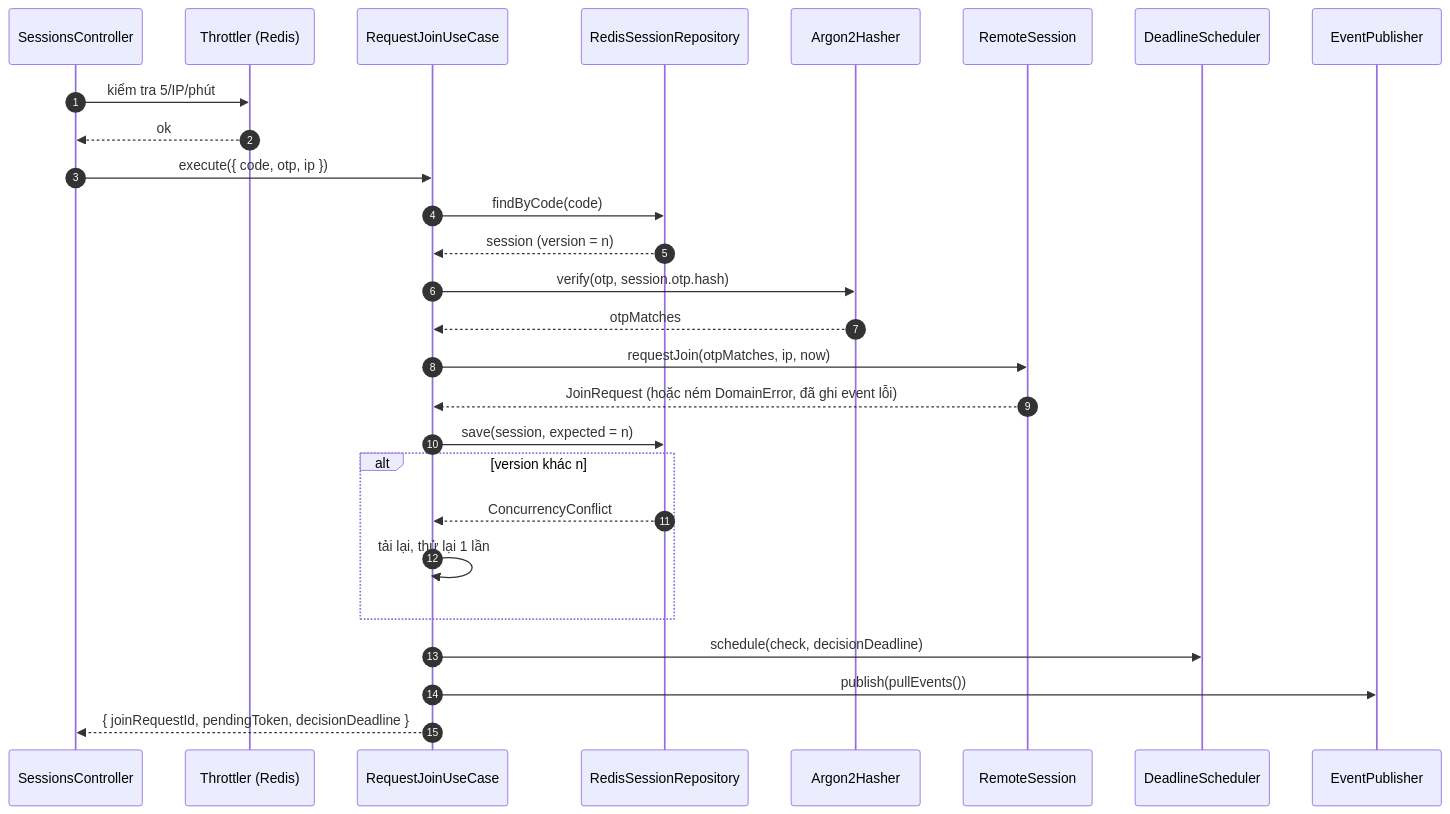
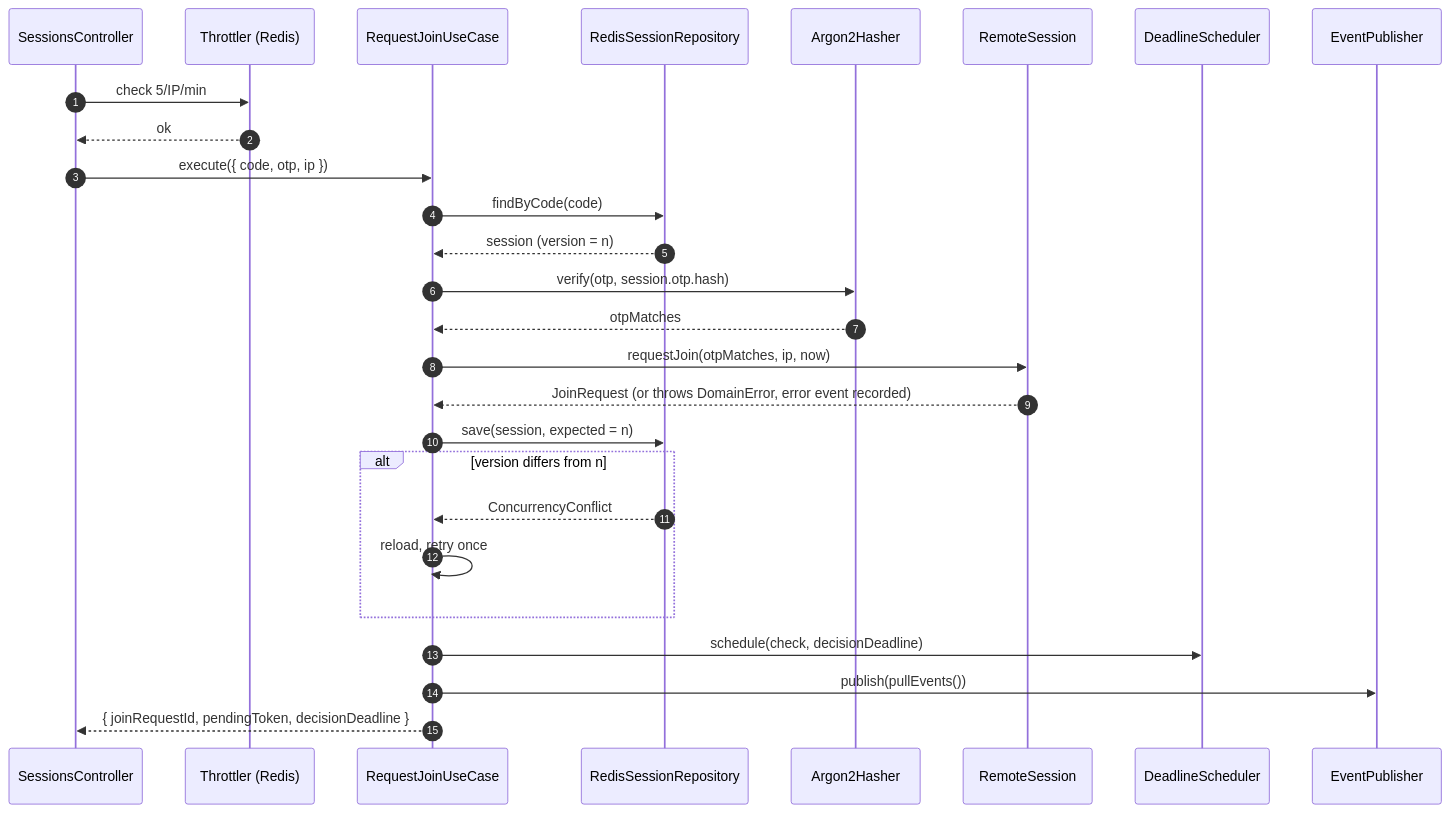
One commit to dunguyen-311201/PBL4 changed the second of 2 diagrams in docs/03-lld/session-access.md. Above: the diagram before and after it, drawn with Mermaid. The commit also changed other lines of this file and 4 other files, not shown here.

````diff
--- a/docs/03-lld/session-access.md
+++ b/docs/03-lld/session-access.md
@@ -164,30 +164,30 @@
 ```mermaid
 sequenceDiagram
     autonumber
     participant C as SessionsController
     participant T as Throttler (Redis)
     participant U as RequestJoinUseCase
     participant R as RedisSessionRepository
     participant H as Argon2Hasher
     participant S as RemoteSession
     participant Q as DeadlineScheduler
     participant E as EventPublisher
 
-    C->>T: kiểm tra 5/IP/phút
+    C->>T: check 5/IP/min
     T-->>C: ok
     C->>U: execute({ code, otp, ip })
     U->>R: findByCode(code)
     R-->>U: session (version = n)
     U->>H: verify(otp, session.otp.hash)
     H-->>U: otpMatches
     U->>S: requestJoin(otpMatches, ip, now)
-    S-->>U: JoinRequest (hoặc ném DomainError, đã ghi event lỗi)
+    S-->>U: JoinRequest (or throws DomainError, error event recorded)
     U->>R: save(session, expected = n)
-    alt version khác n
+    alt version differs from n
         R-->>U: ConcurrencyConflict
-        U->>U: tải lại, thử lại 1 lần
+        U->>U: reload, retry once
     end
     U->>Q: schedule(check, decisionDeadline)
     U->>E: publish(pullEvents())
     U-->>C: { joinRequestId, pendingToken, decisionDeadline }
 ```
````
